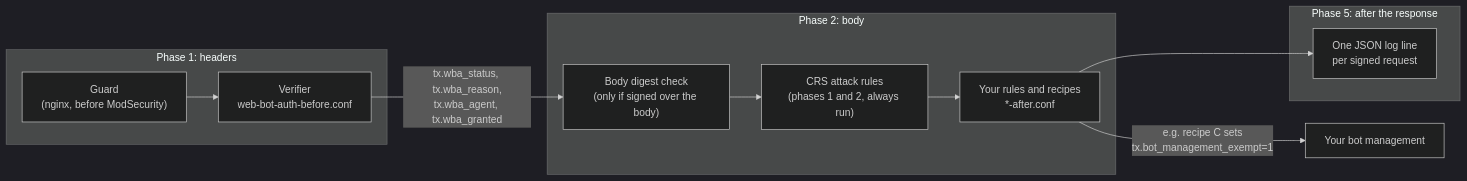
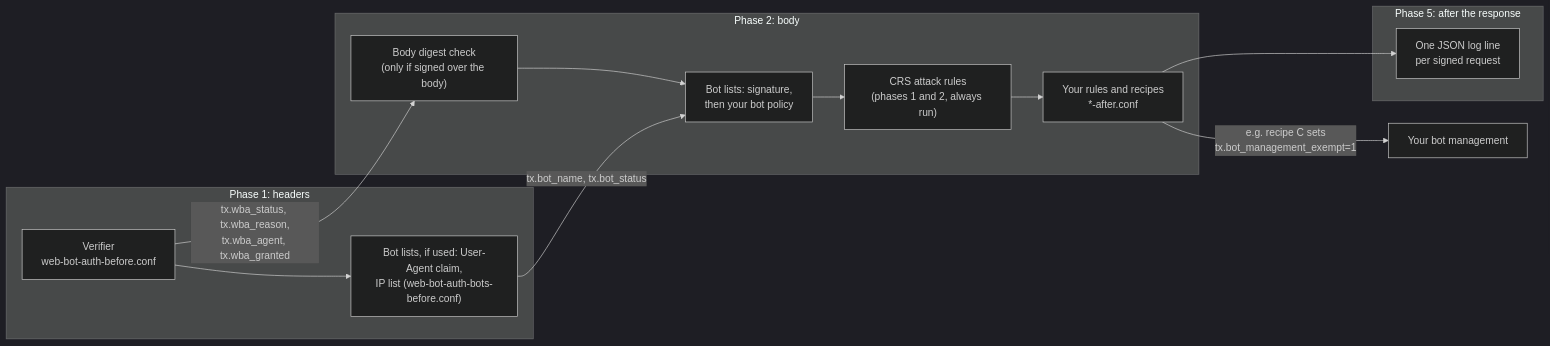
The sixth of 8 diagrams in lua/wba/HOW-IT-WORKS.md (etiennemunnich/modsec-webbotauth-lua), drawn with Mermaid (dark theme) before and after one commit. The commit also changed other lines of this file and 84 other files, not shown here.

````diff
--- a/lua/wba/HOW-IT-WORKS.md
+++ b/lua/wba/HOW-IT-WORKS.md
@@ -180,16 +179,18 @@
 ```mermaid
 flowchart LR
     subgraph P1["Phase 1: headers"]
-        G["Guard<br/>(nginx, before ModSecurity)"] --> V1["Verifier<br/>web-bot-auth-before.conf"]
+        V1["Verifier<br/>web-bot-auth-before.conf"] --> BL1["Bot lists, if used: User-Agent claim,<br/>IP list (web-bot-auth-bots-before.conf)"]
     end
     subgraph P2["Phase 2: body"]
-        V2["Body digest check<br/>(only if signed over the body)"] --> CRS["CRS attack rules<br/>(phases 1 and 2, always run)"]
+        V2["Body digest check<br/>(only if signed over the body)"] --> BL2["Bot lists: signature,<br/>then your bot policy"]
+        BL2 --> CRS["CRS attack rules<br/>(phases 1 and 2, always run)"]
         CRS --> YR["Your rules and recipes<br/>*-after.conf"]
     end
     subgraph P5["Phase 5: after the response"]
         LOG["One JSON log line<br/>per signed request"]
     end
     V1 -- "tx.wba_status, tx.wba_reason,<br/>tx.wba_agent, tx.wba_granted" --> V2
+    BL1 -- "tx.bot_name, tx.bot_status" --> BL2
     YR -- "e.g. recipe C sets<br/>tx.bot_management_exempt=1" --> BM["Your bot management"]
     YR --> LOG
 ```
````
